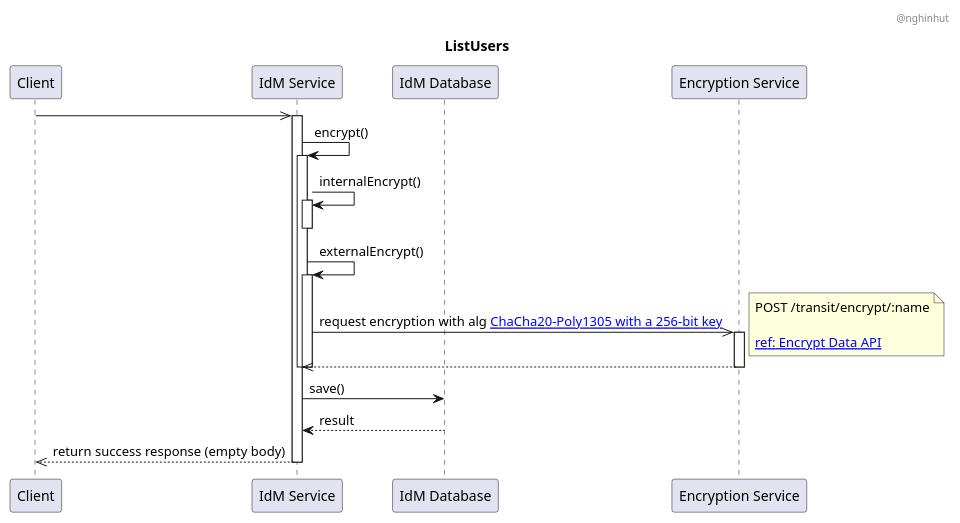
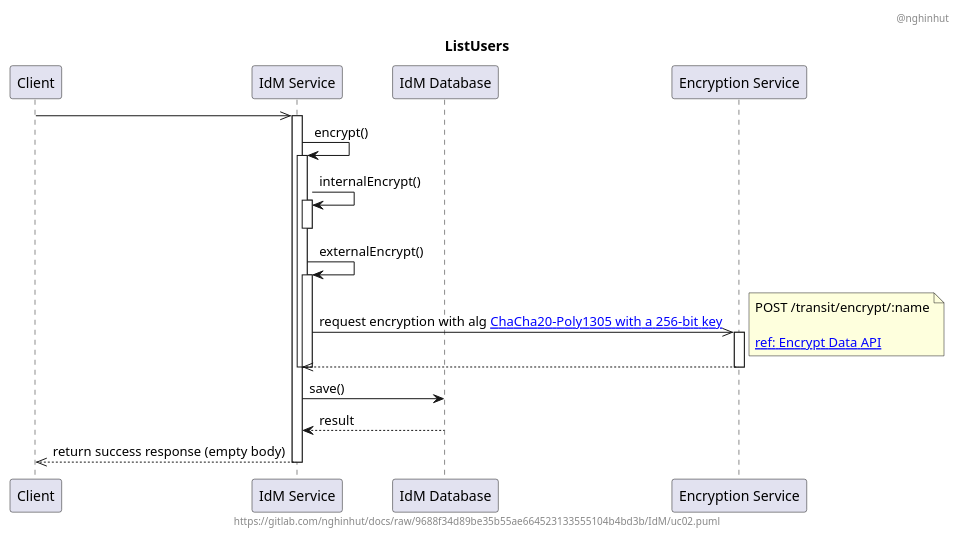
Before and after one commit to nghinhut/docs: the diagram in IdM/uc02.sequence.puml, drawn with PlantUML. The commit also changed 18 other files, not shown here.

Commit message:
Update diagrams

```diff
--- a/IdM/uc02.sequence.puml
+++ b/IdM/uc02.sequence.puml
@@ -1,42 +1,55 @@
 @startuml
-'-----BEGIN HEADER-----
-'-----END HEADER-----
+'-----START auto generated metadata please keep comment here to allow auto update-----
+'-----DON'T EDIT THIS SECTION, INSTEAD RE-RUN prebuild.sh TO UPDATE-----
+header @nghinhut
+footer https://gitlab.com/nghinhut/docs/raw/9688f34d89be35b55ae664523133555104b4bd3b/IdM/uc02.puml
+'-----END auto generated metadata please keep comment here to allow auto update-----
+
+
+
+
+
+
+
+
+
+
 
 header @nghinhut
 title ListUsers
 
 participant "Client" as client
 participant "IdM Service" as idm
 participant "IdM Database" as db
 participant "Encryption Service" as es
 
 client ->> idm
 activate idm
 
 idm -> idm : encrypt()
 activate idm
 idm -> idm : internalEncrypt()
 activate idm
 deactivate idm
 
 idm -> idm : externalEncrypt()
 activate idm
 idm ->> es : request encryption with alg [[https://www.vaultproject.io/docs/secrets/transit/index.html#chacha20-poly1305 ChaCha20-Poly1305 with a 256-bit key]]
 note right
     POST /transit/encrypt/:name
 
     [[https://www.vaultproject.io/api/secret/transit/index.html#encrypt-data ref: Encrypt Data API]]
 end note
 activate es
 idm <<-- es
 deactivate es
 deactivate idm
 deactivate idm
 
 idm -> db : save()
 idm <-- db : result
 
 client <<-- idm : return success response (empty body)
 deactivate idm
 
 @enduml
```
